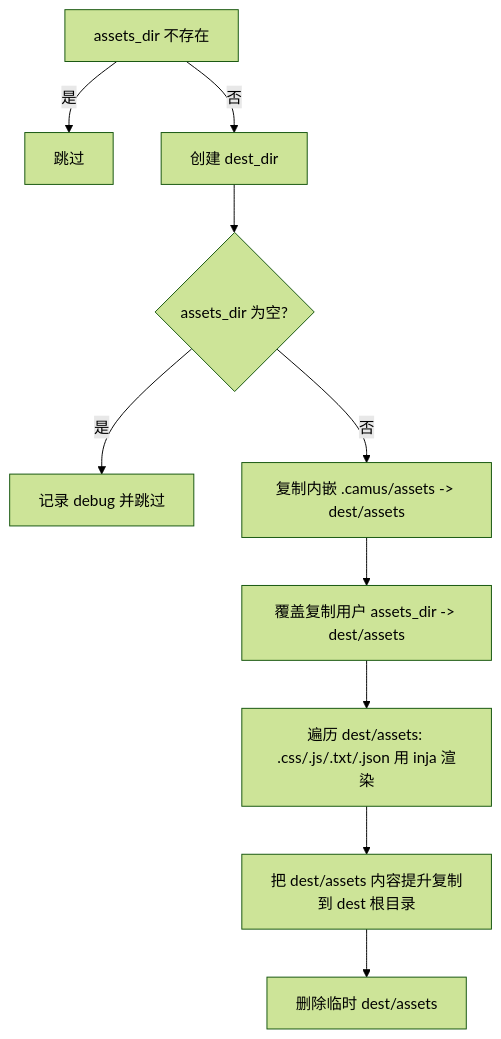
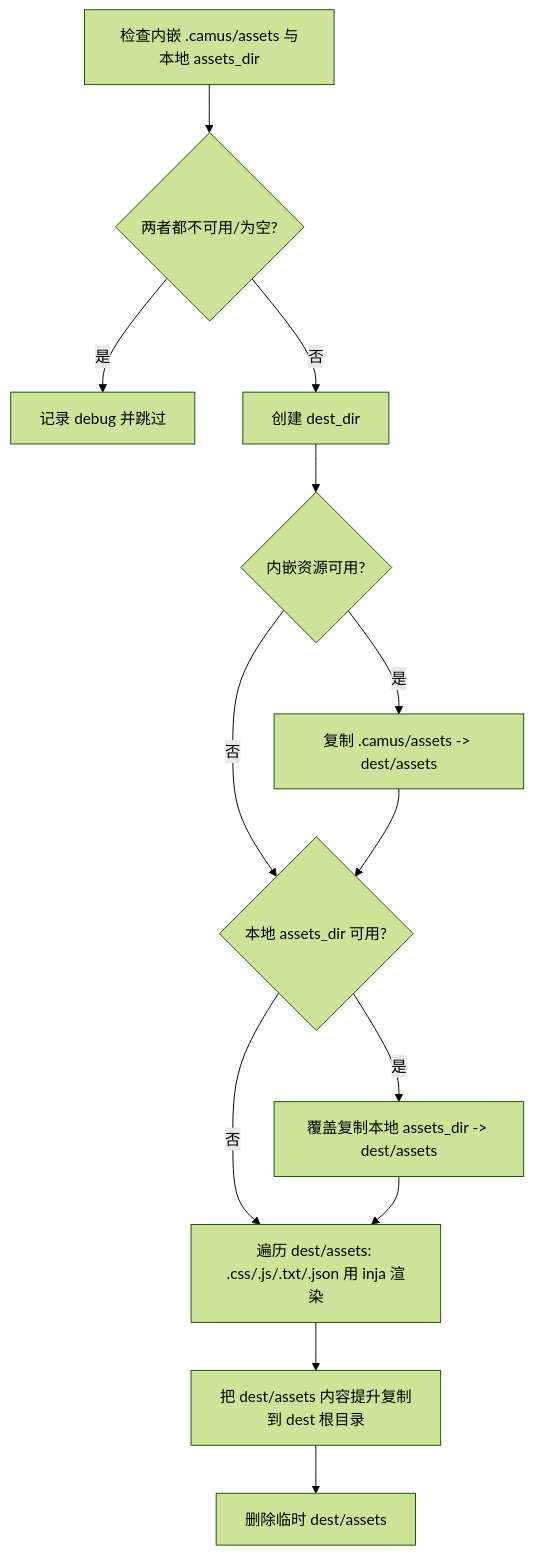
Before and after one commit to o8x/camus: the first of 2 diagrams in docs/prd/06-output.md, drawn with Mermaid (forest theme). The commit also changed other lines of this file and 10 other files, not shown here.

````diff
--- a/docs/prd/06-output.md
+++ b/docs/prd/06-output.md
@@ -129,12 +133,15 @@
 ```mermaid
 flowchart TD
-    A[assets_dir 不存在] -->|是| Z[跳过]
-    A -->|否| B[创建 dest_dir]
-    B --> C{assets_dir 为空?}
-    C -->|是| Y[记录 debug 并跳过]
-    C -->|否| D[复制内嵌 .camus/assets -> dest/assets]
-    D --> E[覆盖复制用户 assets_dir -> dest/assets]
-    E --> F[遍历 dest/assets: .css/.js/.txt/.json 用 inja 渲染]
-    F --> G[把 dest/assets 内容提升复制到 dest 根目录]
-    G --> H[删除临时 dest/assets]
+    A[检查内嵌 .camus/assets 与本地 assets_dir] --> B{两者都不可用/为空?}
+    B -->|是| Z[记录 debug 并跳过]
+    B -->|否| C[创建 dest_dir]
+    C --> D{内嵌资源可用?}
+    D -->|是| E[复制 .camus/assets -> dest/assets]
+    D -->|否| F
+    E --> F{本地 assets_dir 可用?}
+    F -->|是| G[覆盖复制本地 assets_dir -> dest/assets]
+    F -->|否| H
+    G --> H[遍历 dest/assets: .css/.js/.txt/.json 用 inja 渲染]
+    H --> I[把 dest/assets 内容提升复制到 dest 根目录]
+    I --> J[删除临时 dest/assets]
 ```
````
